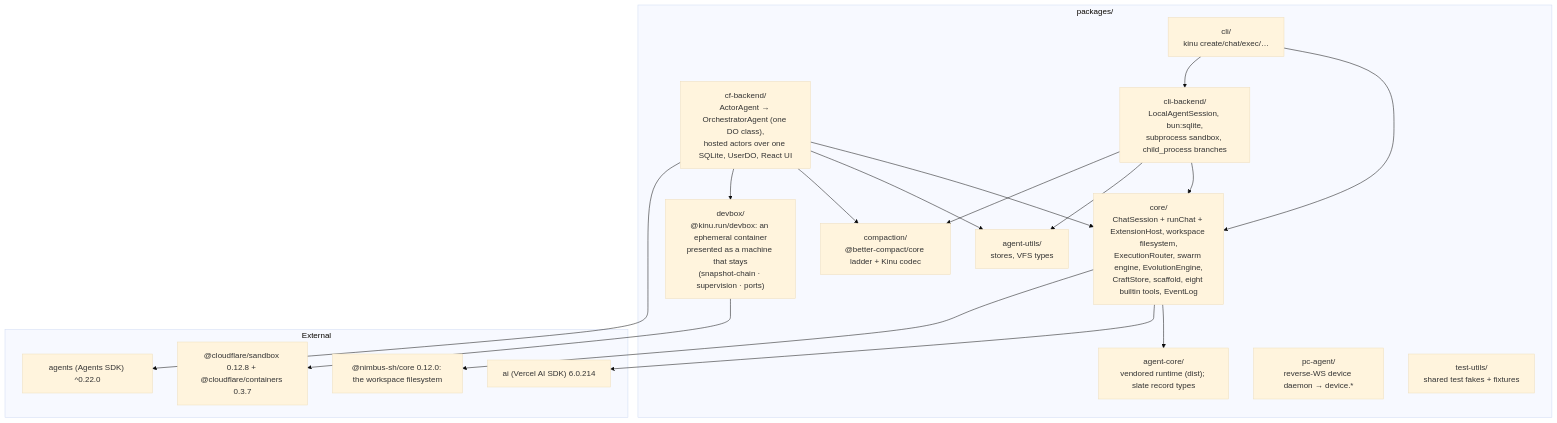
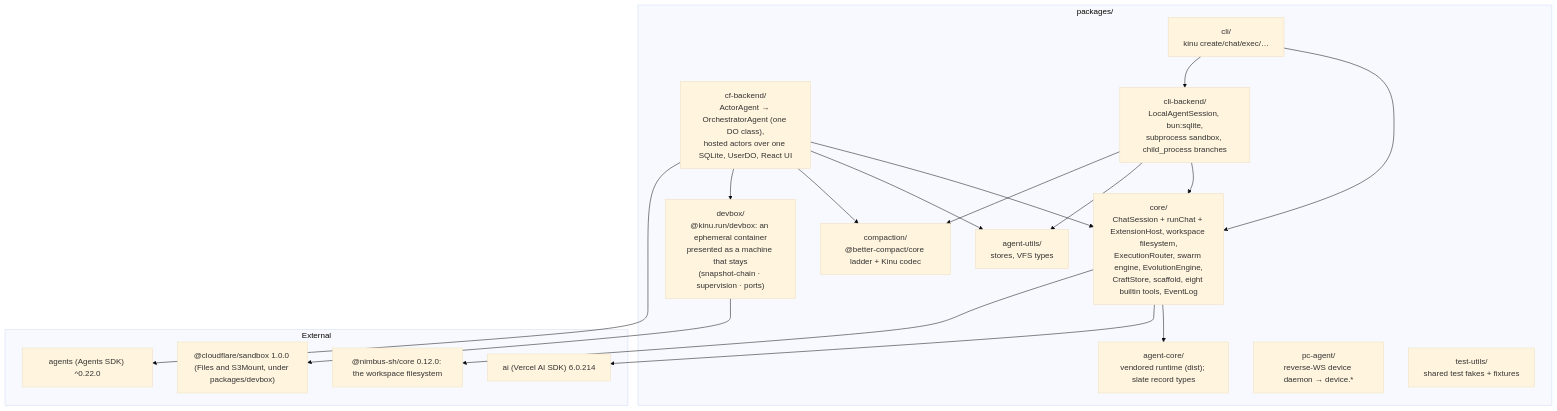
One commit to AshishKumar4/kinu changed the fifth of 5 diagrams in docs/ARCHITECTURE.md. Above: the diagram before and after it, drawn with Mermaid (base theme). The commit also changed other lines of this file and 72 other files, not shown here.

````diff
--- a/docs/ARCHITECTURE.md
+++ b/docs/ARCHITECTURE.md
@@ -447,38 +447,38 @@
 ```mermaid
 graph TB
     subgraph pkgs["packages/"]
         Core["core/<br/>ChatSession + runChat + ExtensionHost, workspace filesystem,<br/>ExecutionRouter, swarm engine, EvolutionEngine,<br/>CraftStore, scaffold, eight builtin tools, EventLog"]
         CF["cf-backend/<br/>ActorAgent → OrchestratorAgent (one DO class),<br/>hosted actors over one SQLite, UserDO, React UI"]
         Utils["agent-utils/<br/>stores, VFS types"]
         AC["agent-core/<br/>vendored runtime (dist); slate record types"]
         Compact["compaction/<br/>@better-compact/core ladder + Kinu codec"]
         Devbox["devbox/<br/>@kinu.run/devbox: an ephemeral container<br/>presented as a machine that stays<br/>(snapshot-chain · supervision · ports)"]
         CLI["cli/<br/>kinu create/chat/exec/…"]
         CLIB["cli-backend/<br/>LocalAgentSession, bun:sqlite,<br/>subprocess sandbox, child_process branches"]
         PC["pc-agent/<br/>reverse-WS device daemon → device.*"]
         TU["test-utils/<br/>shared test fakes + fixtures"]
     end
 
     CF --> Core
     CF --> Utils
     CF --> Compact
     CF --> Devbox
     Core --> AC
     CLI --> Core
     CLI --> CLIB
     CLIB --> Core
     CLIB --> Utils
     CLIB --> Compact
 
     subgraph ext["External"]
         Agents["agents (Agents SDK) ^0.22.0"]
         AISDK["ai (Vercel AI SDK) 6.0.214"]
         Nimbus["@nimbus-sh/core 0.12.0: the workspace filesystem"]
-        Sandbox["@cloudflare/sandbox 0.12.8 + @cloudflare/containers 0.3.7"]
+        Sandbox["@cloudflare/sandbox 1.0.0 (Files and S3Mount, under packages/devbox)"]
     end
 
     CF --> Agents
     Core --> AISDK
     Core --> Nimbus
     Devbox --> Sandbox
 ```
````
